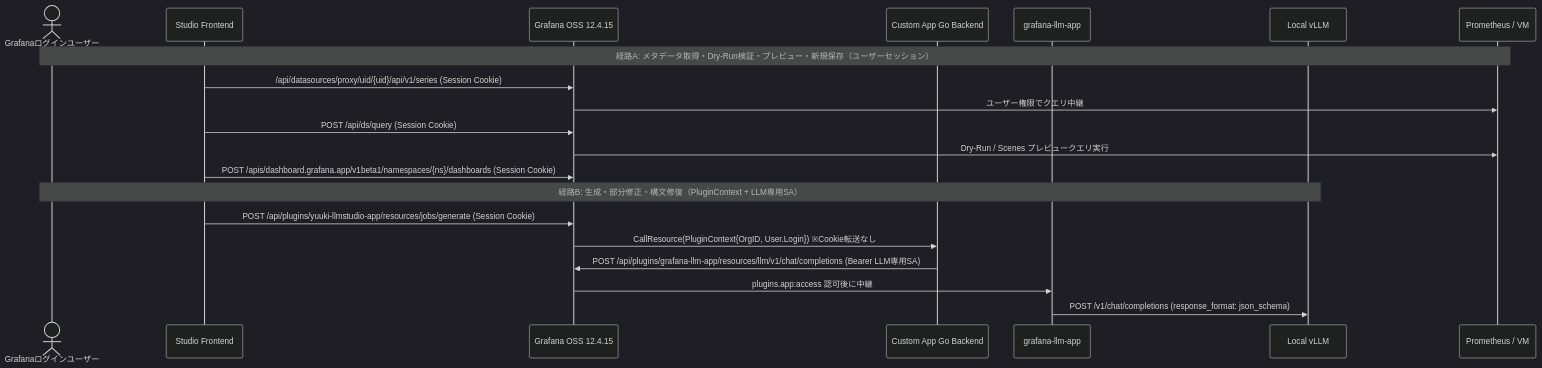
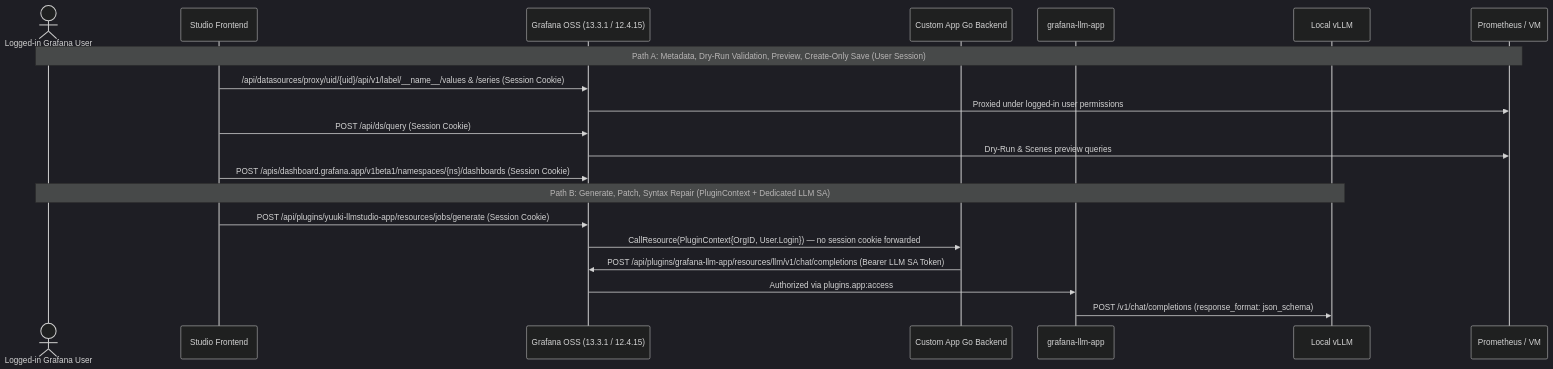
The second of 2 diagrams in docs/architecture.md (yuuki/grafana-llm-studio-app), drawn with Mermaid (dark theme) before and after one commit. The commit also changed other lines of this file and 7 other files, not shown here.

````diff
--- a/docs/architecture.md
+++ b/docs/architecture.md
@@ -58,24 +58,24 @@
 ```mermaid
 sequenceDiagram
-  actor User as Grafanaログインユーザー
+  actor User as Logged-in Grafana User
   participant FE as Studio Frontend
-  participant GF as Grafana OSS 12.4.15
+  participant GF as Grafana OSS (13.3.1 / 12.4.15)
   participant BE as Custom App Go Backend
   participant LLM as grafana-llm-app
   participant VLLM as Local vLLM
   participant PROM as Prometheus / VM
 
-  Note over User,PROM: 経路A: メタデータ取得・Dry-Run検証・プレビュー・新規保存（ユーザーセッション）
-  FE->>GF: /api/datasources/proxy/uid/{uid}/api/v1/series (Session Cookie)
-  GF->>PROM: ユーザー権限でクエリ中継
+  Note over User,PROM: Path A: Metadata, Dry-Run Validation, Preview, Create-Only Save (User Session)
+  FE->>GF: /api/datasources/proxy/uid/{uid}/api/v1/label/__name__/values & /series (Session Cookie)
+  GF->>PROM: Proxied under logged-in user permissions
   FE->>GF: POST /api/ds/query (Session Cookie)
-  GF->>PROM: Dry-Run / Scenes プレビュークエリ実行
+  GF->>PROM: Dry-Run & Scenes preview queries
   FE->>GF: POST /apis/dashboard.grafana.app/v1beta1/namespaces/{ns}/dashboards (Session Cookie)
 
-  Note over User,VLLM: 経路B: 生成・部分修正・構文修復（PluginContext + LLM専用SA）
+  Note over User,VLLM: Path B: Generate, Patch, Syntax Repair (PluginContext + Dedicated LLM SA)
   FE->>GF: POST /api/plugins/yuuki-llmstudio-app/resources/jobs/generate (Session Cookie)
-  GF->>BE: CallResource(PluginContext{OrgID, User.Login}) ※Cookie転送なし
-  BE->>GF: POST /api/plugins/grafana-llm-app/resources/llm/v1/chat/completions (Bearer LLM専用SA)
-  GF->>LLM: plugins.app:access 認可後に中継
+  GF->>BE: CallResource(PluginContext{OrgID, User.Login}) — no session cookie forwarded
+  BE->>GF: POST /api/plugins/grafana-llm-app/resources/llm/v1/chat/completions (Bearer LLM SA Token)
+  GF->>LLM: Authorized via plugins.app:access
   LLM->>VLLM: POST /v1/chat/completions (response_format: json_schema)
 ```
````
